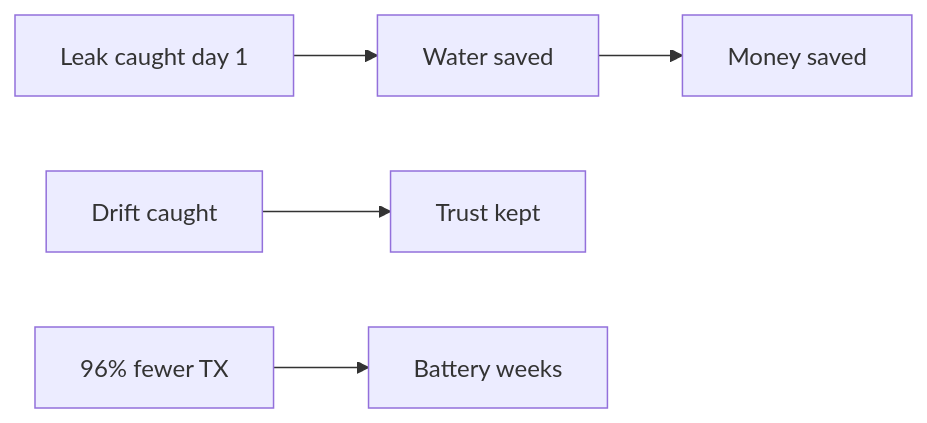
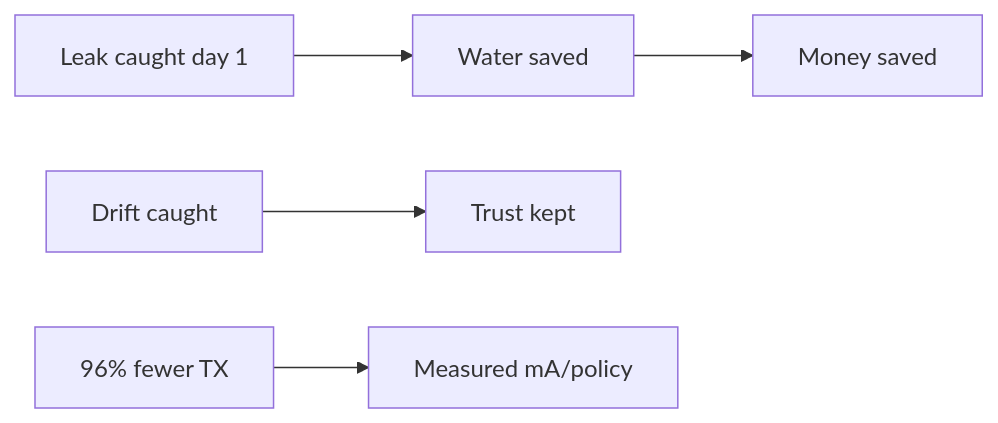
The fifth of 5 diagrams in docs/ppt.md (TheTechTiger/AgriGuardEdge), drawn with Mermaid before and after one commit. The commit also changed other lines of this file and 6 other files, not shown here.

````diff
--- a/docs/ppt.md
+++ b/docs/ppt.md
@@ -219,7 +219,7 @@
 ```mermaid
 flowchart LR
     L[Leak caught day 1] --> W[Water saved]
     W --> M[Money saved]
     D[Drift caught] --> T[Trust kept]
-    E[96% fewer TX] --> B[Battery weeks]
+    E[96% fewer TX] --> B[Measured mA/policy]
 ```
````
